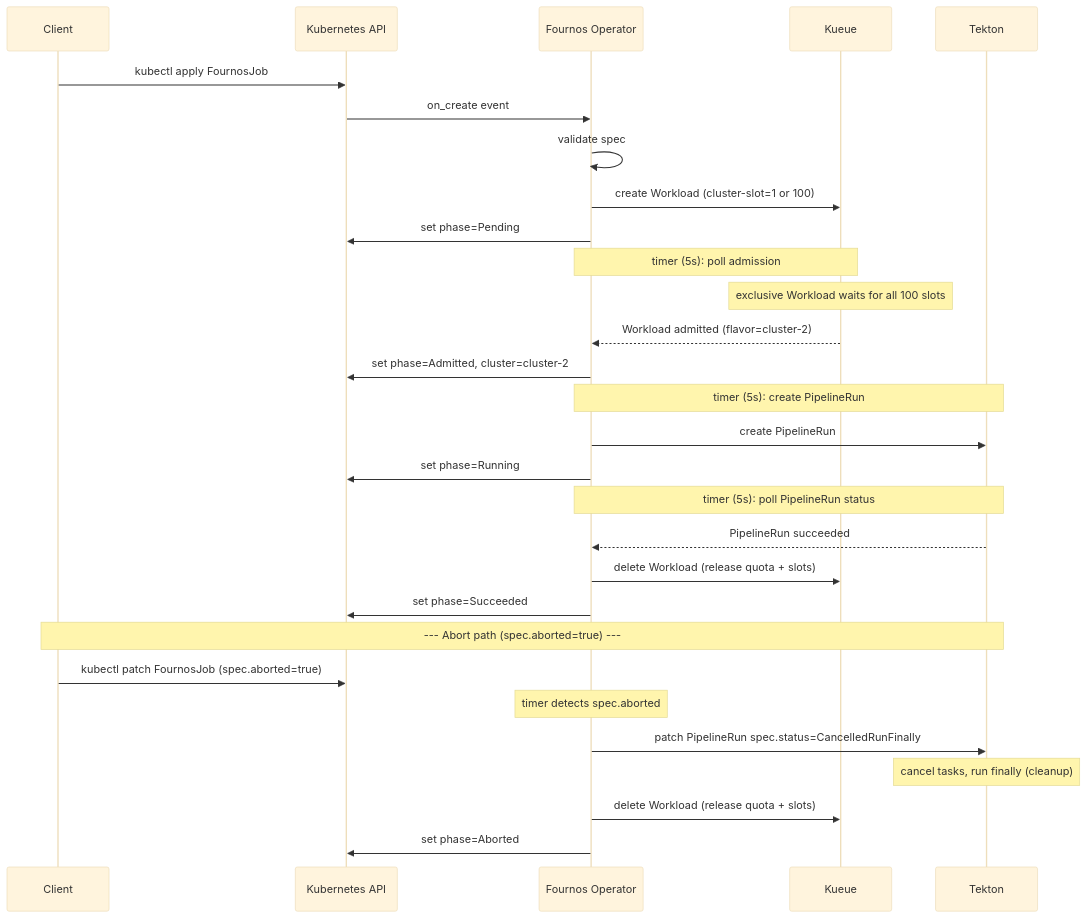
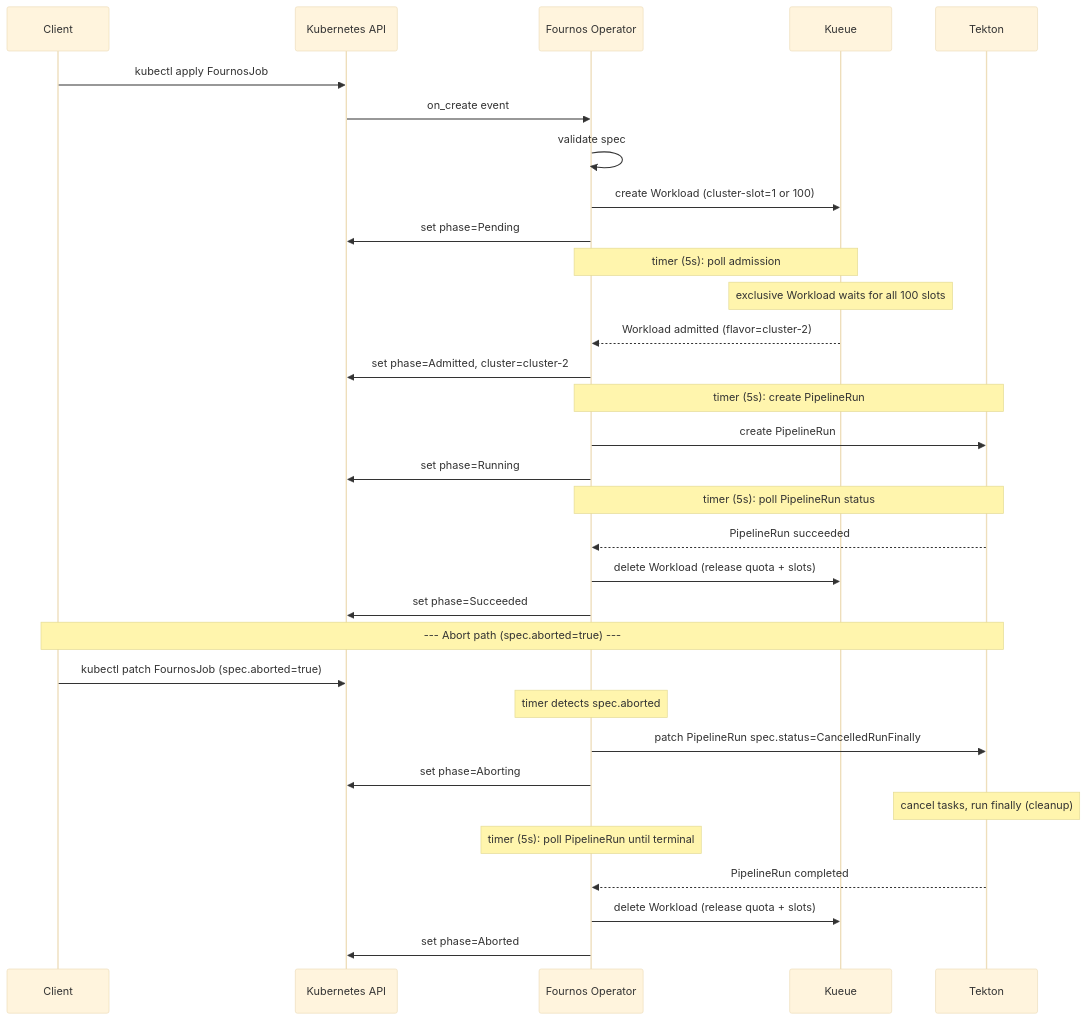
The second of 2 diagrams in Fournos_Design_Document.md (openshift-psap/fournos), drawn with Mermaid (base theme) before and after one commit. The commit also changed other lines of this file and 7 other files, not shown here.

Commit message:
Add Aborting state to handle PipelineRun's finally task gracefully

````diff
--- a/Fournos_Design_Document.md
+++ b/Fournos_Design_Document.md
@@ -138,37 +138,40 @@
 ```mermaid
 sequenceDiagram
     participant Client
     participant K8sAPI as Kubernetes API
     participant Operator as Fournos Operator
     participant Kueue
     participant Tekton
 
     Client->>K8sAPI: kubectl apply FournosJob
     K8sAPI->>Operator: on_create event
     Operator->>Operator: validate spec
 
     Operator->>Kueue: create Workload (cluster-slot=1 or 100)
     Operator->>K8sAPI: set phase=Pending
 
     Note over Operator,Kueue: timer (5s): poll admission
     Note over Kueue: exclusive Workload waits for all 100 slots
     Kueue-->>Operator: Workload admitted (flavor=cluster-2)
     Operator->>K8sAPI: set phase=Admitted, cluster=cluster-2
 
     Note over Operator,Tekton: timer (5s): create PipelineRun
     Operator->>Tekton: create PipelineRun
     Operator->>K8sAPI: set phase=Running
 
     Note over Operator,Tekton: timer (5s): poll PipelineRun status
     Tekton-->>Operator: PipelineRun succeeded
     Operator->>Kueue: delete Workload (release quota + slots)
     Operator->>K8sAPI: set phase=Succeeded
 
     Note over Client,Tekton: --- Abort path (spec.aborted=true) ---
     Client->>K8sAPI: kubectl patch FournosJob (spec.aborted=true)
     Note over Operator: timer detects spec.aborted
     Operator->>Tekton: patch PipelineRun spec.status=CancelledRunFinally
+    Operator->>K8sAPI: set phase=Aborting
     Note over Tekton: cancel tasks, run finally (cleanup)
+    Note over Operator: timer (5s): poll PipelineRun until terminal
+    Tekton-->>Operator: PipelineRun completed
     Operator->>Kueue: delete Workload (release quota + slots)
     Operator->>K8sAPI: set phase=Aborted
 ```
````
